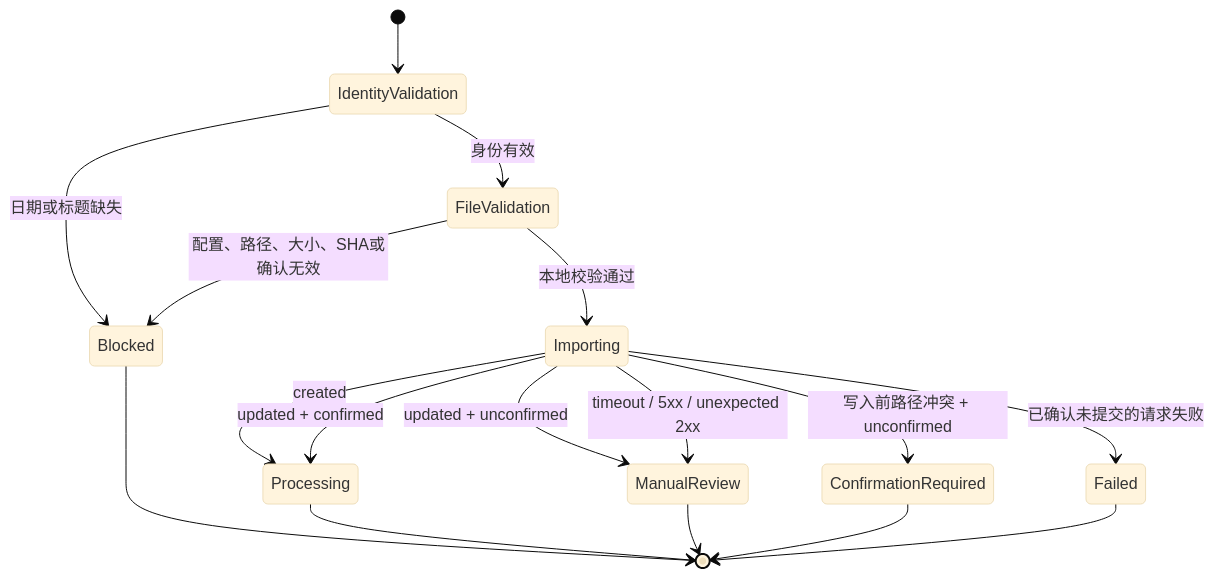
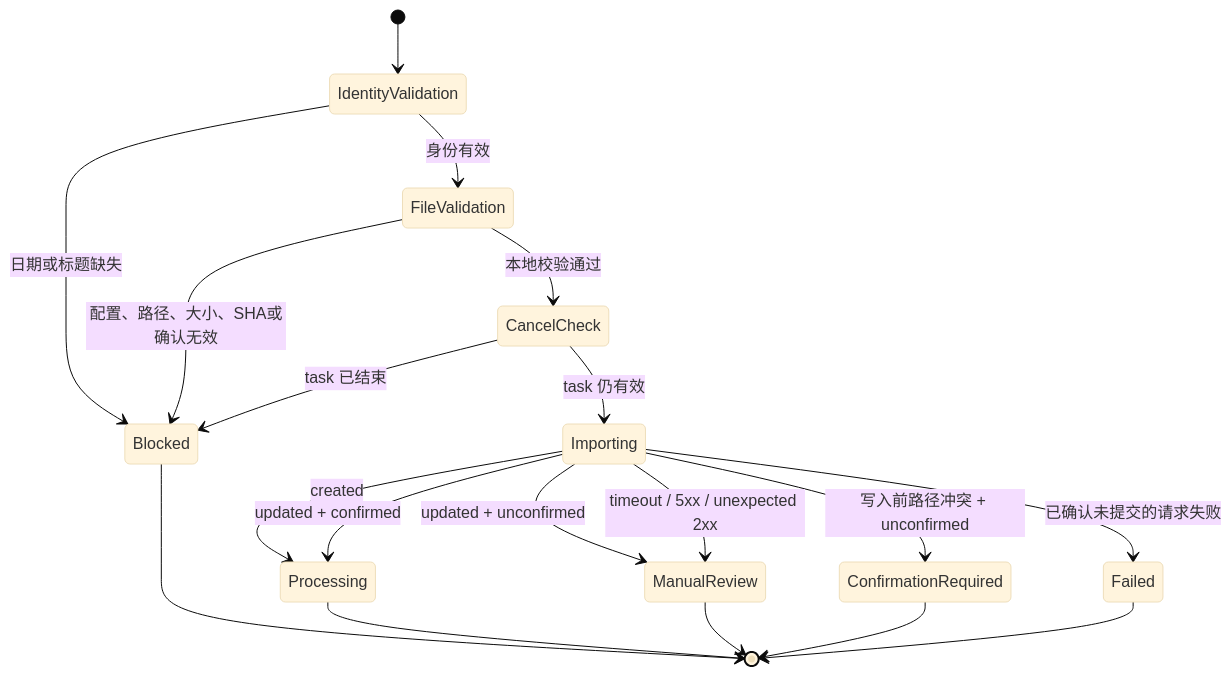
One commit to Ri0n72Y/ContractBotConfig changed the third of 3 diagrams in plugins/astrbot_plugin_opencontracts_gateway/README.md. Above: the diagram before and after it, drawn with Mermaid (base theme). The commit also changed other lines of this file and 52 other files, not shown here.

````diff
--- a/plugins/astrbot_plugin_opencontracts_gateway/README.md
+++ b/plugins/astrbot_plugin_opencontracts_gateway/README.md
@@ -84,19 +95,21 @@
 ```mermaid
 stateDiagram-v2
     [*] --> IdentityValidation
     IdentityValidation --> Blocked: 日期或标题缺失
     IdentityValidation --> FileValidation: 身份有效
     FileValidation --> Blocked: 配置、路径、大小、SHA或确认无效
-    FileValidation --> Importing: 本地校验通过
+    FileValidation --> CancelCheck: 本地校验通过
+    CancelCheck --> Blocked: task 已结束
+    CancelCheck --> Importing: task 仍有效
     Importing --> Processing: created
     Importing --> Processing: updated + confirmed
     Importing --> ManualReview: updated + unconfirmed
     Importing --> ManualReview: timeout / 5xx / unexpected 2xx
     Importing --> ConfirmationRequired: 写入前路径冲突 + unconfirmed
     Importing --> Failed: 已确认未提交的请求失败
     Processing --> [*]
     ManualReview --> [*]
     ConfirmationRequired --> [*]
     Blocked --> [*]
     Failed --> [*]
 ```
````
